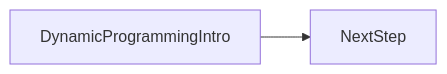
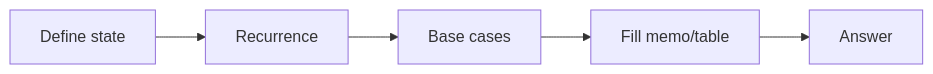
One commit to OmidJavaherii/Frontend-Engineering-Handbook changed the third of 3 diagrams in docs/en/01-computer-science/algorithms/dynamic-programming-intro/index.md. Above: the diagram before and after it, drawn with Mermaid. The commit also changed other lines of this file and 461 other files, not shown here.

````diff
--- a/docs/en/01-computer-science/algorithms/dynamic-programming-intro/index.md
+++ b/docs/en/01-computer-science/algorithms/dynamic-programming-intro/index.md
@@ -95,4 +170,7 @@
 ```mermaid
 flowchart LR
-  concept[DynamicProgrammingIntro] --> nextStep[NextStep]
+  state[Define state] --> rec[Recurrence]
+  rec --> base[Base cases]
+  base --> fill[Fill memo/table]
+  fill --> ans[Answer]
 ```
````
